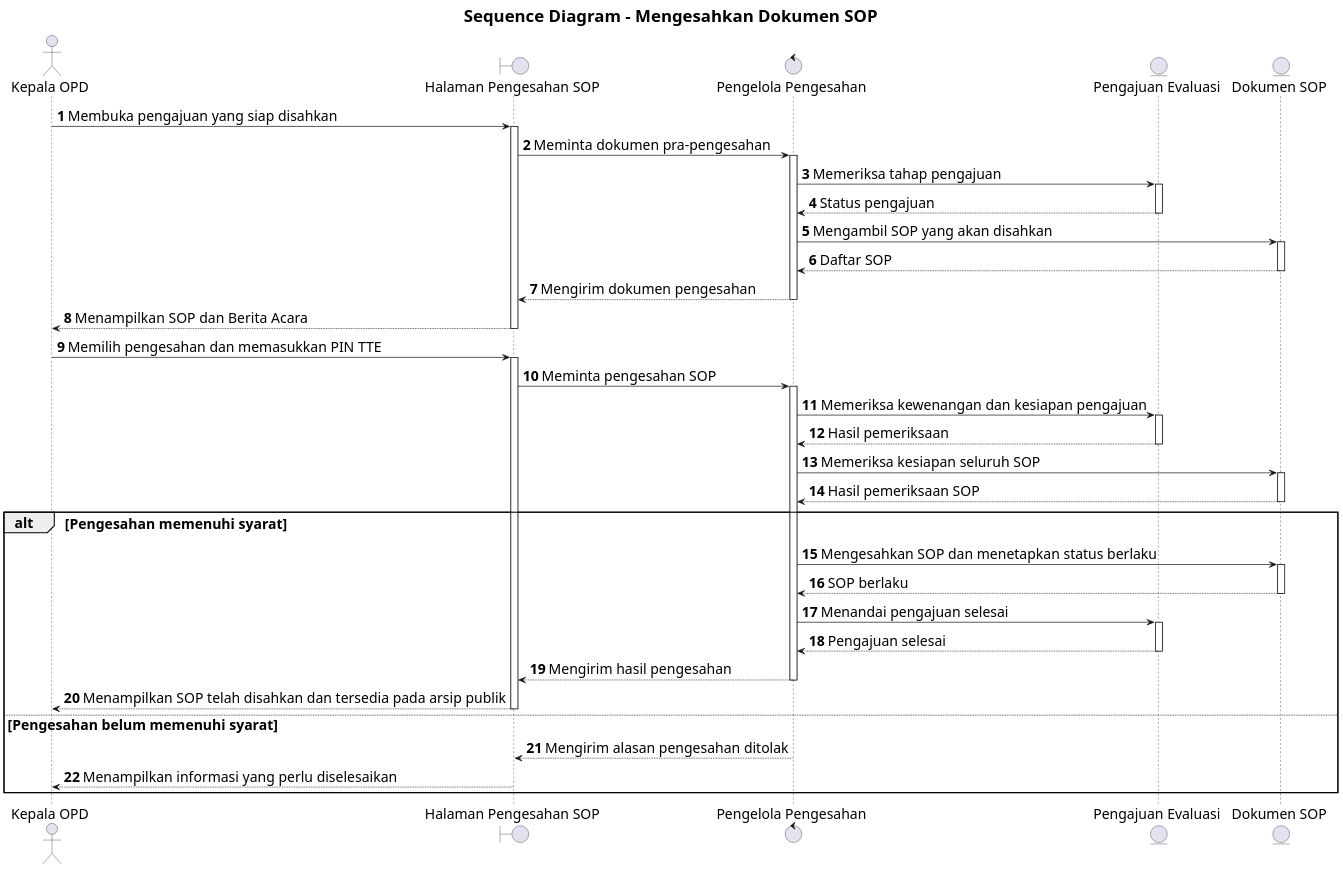
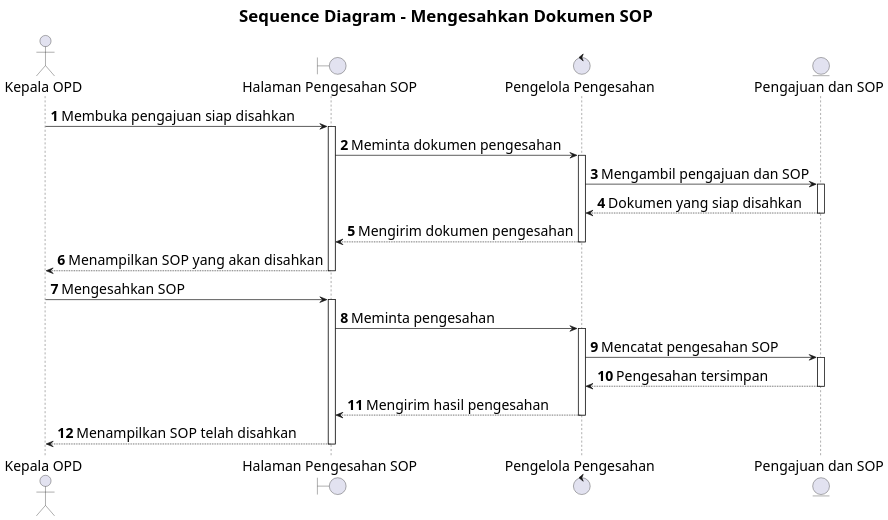
One commit to howlil/sop-generate-app changed the diagram in docs/sequence/kepala-opd-mengesahkan-dokumen-sop.md. Above: the diagram before and after it, drawn with PlantUML. The commit also changed other lines of this file and 20 other files, not shown here.

Commit message:
docs(sequence): simplify interaction detail across use cases

````diff
--- a/docs/sequence/kepala-opd-mengesahkan-dokumen-sop.md
+++ b/docs/sequence/kepala-opd-mengesahkan-dokumen-sop.md
@@ -16,46 +16,31 @@
 ```plantuml
 @startuml
 skinparam defaultFontSize 20
 skinparam titleFontSize 24
 skinparam dpi 160
 
 title Sequence Diagram - Mengesahkan Dokumen SOP
 autonumber
 autoactivate on
 
 actor "Kepala OPD" as A
 boundary "Halaman Pengesahan SOP" as B
 control "Pengelola Pengesahan" as C
-entity "Pengajuan Evaluasi" as D
-entity "Dokumen SOP" as E
+entity "Pengajuan dan SOP" as D
 
-A -> B : Membuka pengajuan yang siap disahkan
-B -> C : Meminta dokumen pra-pengesahan
-C -> D : Memeriksa tahap pengajuan
-D --> C : Status pengajuan
-C -> E : Mengambil SOP yang akan disahkan
-E --> C : Daftar SOP
+A -> B : Membuka pengajuan siap disahkan
+B -> C : Meminta dokumen pengesahan
+C -> D : Mengambil pengajuan dan SOP
+D --> C : Dokumen yang siap disahkan
 C --> B : Mengirim dokumen pengesahan
-B --> A : Menampilkan SOP dan Berita Acara
+B --> A : Menampilkan SOP yang akan disahkan
 
-A -> B : Memilih pengesahan dan memasukkan PIN TTE
-B -> C : Meminta pengesahan SOP
-C -> D : Memeriksa kewenangan dan kesiapan pengajuan
-D --> C : Hasil pemeriksaan
-C -> E : Memeriksa kesiapan seluruh SOP
-E --> C : Hasil pemeriksaan SOP
-
-alt Pengesahan memenuhi syarat
-  C -> E : Mengesahkan SOP dan menetapkan status berlaku
-  E --> C : SOP berlaku
-  C -> D : Menandai pengajuan selesai
-  D --> C : Pengajuan selesai
-  C --> B : Mengirim hasil pengesahan
-  B --> A : Menampilkan SOP telah disahkan dan tersedia pada arsip publik
-else Pengesahan belum memenuhi syarat
-  C --> B : Mengirim alasan pengesahan ditolak
-  B --> A : Menampilkan informasi yang perlu diselesaikan
-end
+A -> B : Mengesahkan SOP
+B -> C : Meminta pengesahan
+C -> D : Mencatat pengesahan SOP
+D --> C : Pengesahan tersimpan
+C --> B : Mengirim hasil pengesahan
+B --> A : Menampilkan SOP telah disahkan
 
 @enduml
 ```
````
